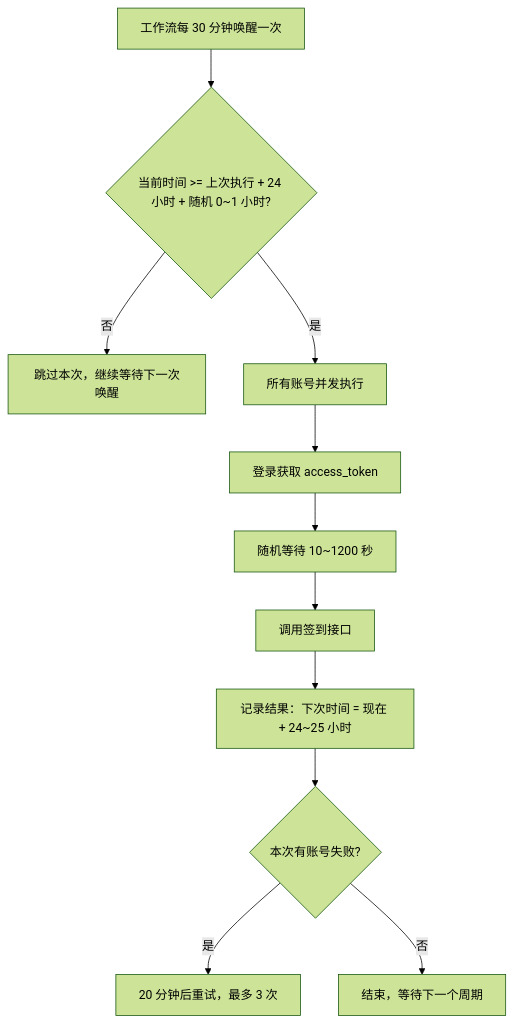
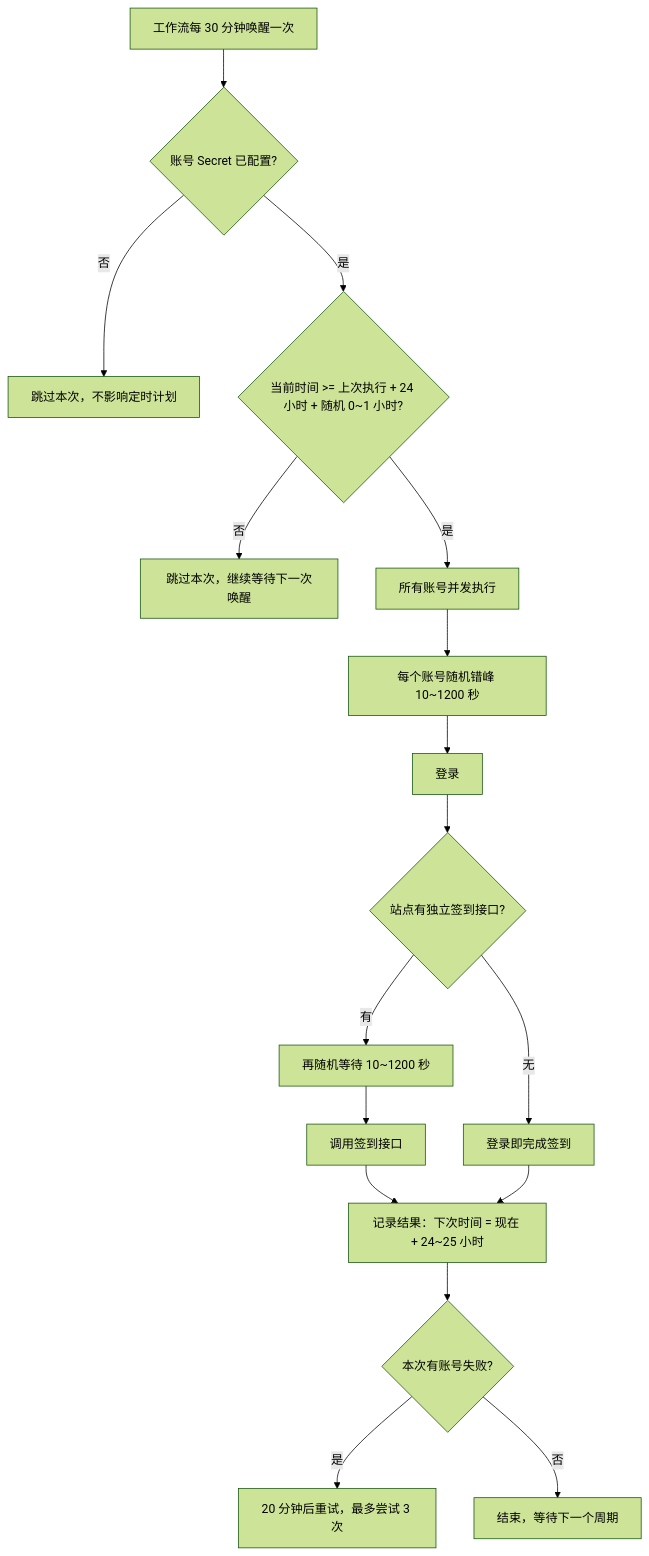
Before and after one commit to unknownrealize/checkin-1: the diagram in README.md, drawn with Mermaid (forest theme). The commit also changed other lines of this file and 6 other files, not shown here.

````diff
--- a/README.md
+++ b/README.md
@@ -15,13 +34,19 @@
 ```mermaid
 flowchart TD
-    A[工作流每 30 分钟唤醒一次] --> B{当前时间 >= 上次执行 + 24 小时 + 随机 0~1 小时?}
+    A[工作流每 30 分钟唤醒一次] --> S{账号 Secret 已配置?}
+    S -- 否 --> S2[跳过本次，不影响定时计划]
+    S -- 是 --> B{当前时间 >= 上次执行 + 24 小时 + 随机 0~1 小时?}
     B -- 否 --> C[跳过本次，继续等待下一次唤醒]
     B -- 是 --> D[所有账号并发执行]
-    D --> E[登录获取 access_token]
-    E --> F[随机等待 10~1200 秒]
-    F --> G[调用签到接口]
-    G --> H[记录结果：下次时间 = 现在 + 24~25 小时]
-    H --> I{本次有账号失败?}
-    I -- 是 --> J[20 分钟后重试，最多 3 次]
-    I -- 否 --> K[结束，等待下一个周期]
+    D --> E[每个账号随机错峰 10~1200 秒]
+    E --> F[登录]
+    F --> G{站点有独立签到接口?}
+    G -- 有 --> H[再随机等待 10~1200 秒]
+    H --> I[调用签到接口]
+    G -- 无 --> J[登录即完成签到]
+    I --> K[记录结果：下次时间 = 现在 + 24~25 小时]
+    J --> K
+    K --> L{本次有账号失败?}
+    L -- 是 --> M[20 分钟后重试，最多尝试 3 次]
+    L -- 否 --> N[结束，等待下一个周期]
 ```
````
